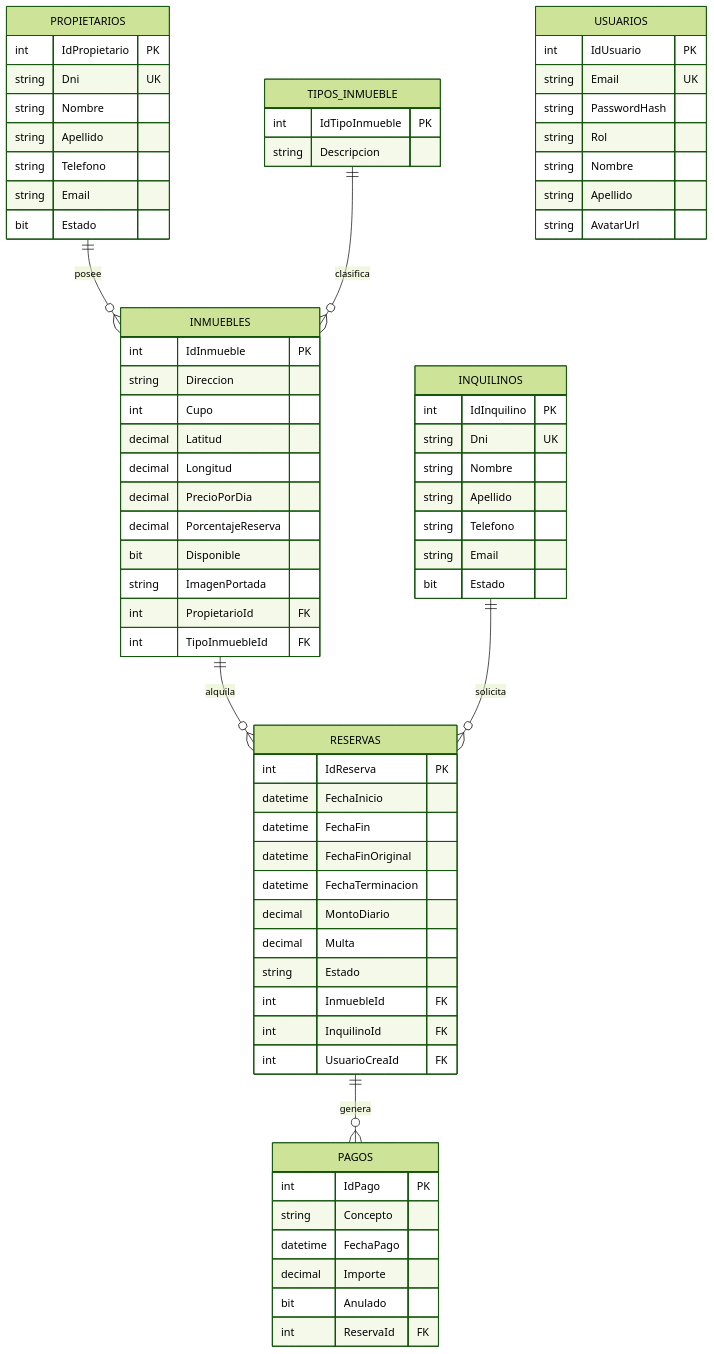
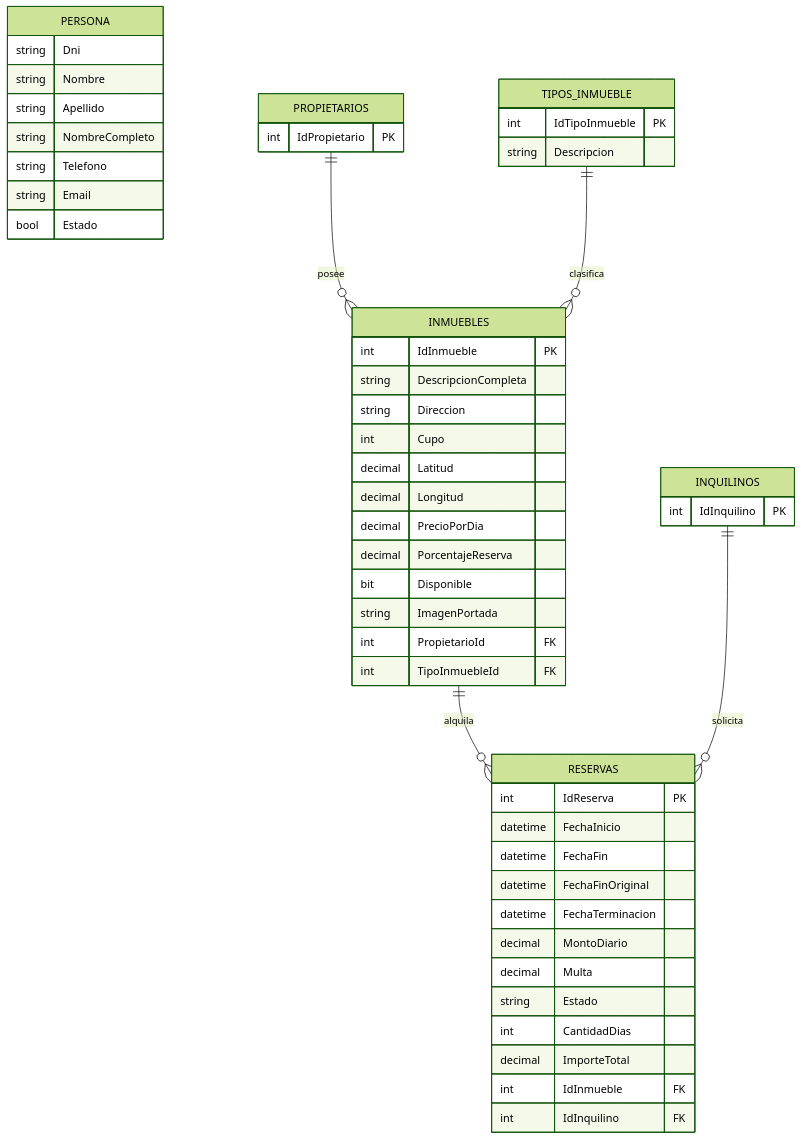
One commit to Eros23z/InmobiliariaULP changed the diagram in README.md. Above: the diagram before and after it, drawn with Mermaid (forest theme). The commit also changed other lines of this file and 24 other files, not shown here.

Commit message:
agregado de CRUD completo y vistas de reservas, inmueble y tiposinmueble

````diff
--- a/README.md
+++ b/README.md
@@ -22,80 +22,60 @@
 ```mermaid
 erDiagram
+    PERSONA {
+        string Dni
+        string Nombre
+        string Apellido
+        string NombreCompleto
+        string Telefono
+        string Email
+        bool Estado
+    }
     PROPIETARIOS {
         int IdPropietario PK
-        string Dni UK
-        string Nombre
-        string Apellido
-        string Telefono
-        string Email
-        bit Estado
     }
 
     INQUILINOS {
         int IdInquilino PK
-        string Dni UK
-        string Nombre
-        string Apellido
-        string Telefono
-        string Email
-        bit Estado
     }
 
     TIPOS_INMUEBLE {
         int IdTipoInmueble PK
         string Descripcion
     }
 
     INMUEBLES {
         int IdInmueble PK
+        string DescripcionCompleta
         string Direccion
         int Cupo
         decimal Latitud
         decimal Longitud
         decimal PrecioPorDia
         decimal PorcentajeReserva
         bit Disponible
         string ImagenPortada
         int PropietarioId FK
         int TipoInmuebleId FK
     }
 
     RESERVAS {
         int IdReserva PK
         datetime FechaInicio
         datetime FechaFin
         datetime FechaFinOriginal
         datetime FechaTerminacion
         decimal MontoDiario
         decimal Multa
         string Estado
-        int InmuebleId FK
-        int InquilinoId FK
-        int UsuarioCreaId FK
+        int CantidadDias
+        decimal ImporteTotal
+        int IdInmueble FK
+        int IdInquilino FK
     }
 
-    PAGOS {
-        int IdPago PK
-        string Concepto
-        datetime FechaPago
-        decimal Importe
-        bit Anulado
-        int ReservaId FK
-    }
-
-    USUARIOS {
-        int IdUsuario PK
-        string Email UK
-        string PasswordHash
-        string Rol
-        string Nombre
-        string Apellido
-        string AvatarUrl
-    }
 
     PROPIETARIOS ||--o{ INMUEBLES : posee
     TIPOS_INMUEBLE ||--o{ INMUEBLES : clasifica
     INMUEBLES ||--o{ RESERVAS : alquila
     INQUILINOS ||--o{ RESERVAS : solicita
-    RESERVAS ||--o{ PAGOS : genera
 ```
````
